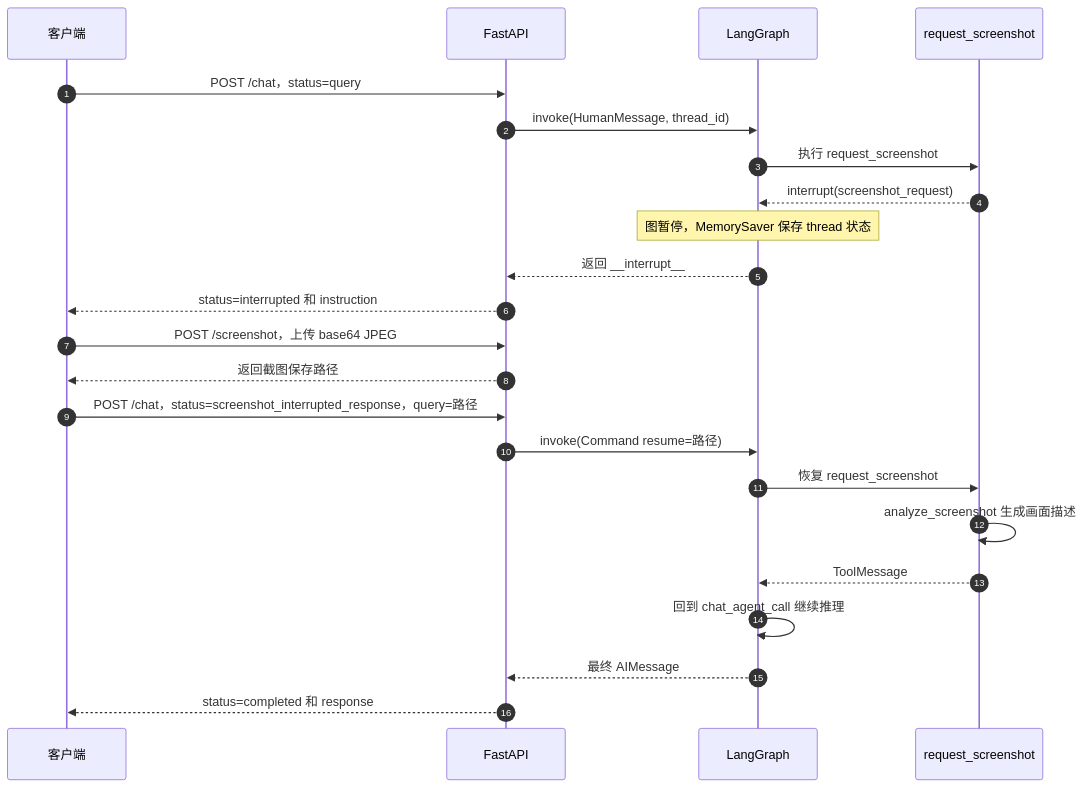
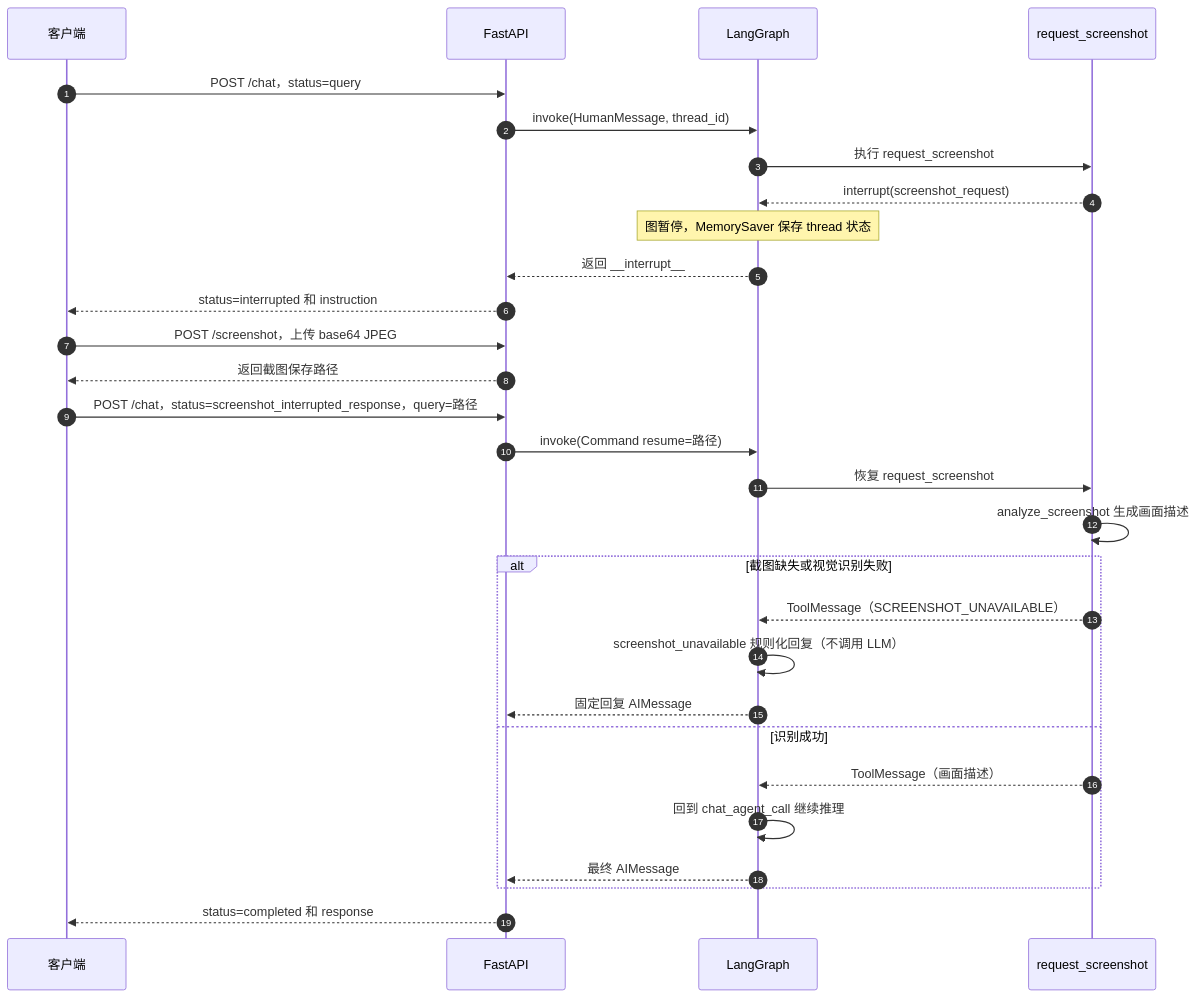
The third of 3 diagrams in README.md (yupx123321-star/Desktop_Assistant), drawn with Mermaid before and after one commit. The commit also changed other lines of this file and 9 other files, not shown here.

First line of the commit message:
修复截图分析静默失败并支持独立视觉模型

````diff
--- a/README.md
+++ b/README.md
@@ -97,26 +108,32 @@
 ```mermaid
 sequenceDiagram
     autonumber
     participant C as 客户端
     participant API as FastAPI
     participant G as LangGraph
     participant T as request_screenshot
 
     C->>API: POST /chat，status=query
     API->>G: invoke(HumanMessage, thread_id)
     G->>T: 执行 request_screenshot
     T-->>G: interrupt(screenshot_request)
     Note over G: 图暂停，MemorySaver 保存 thread 状态
     G-->>API: 返回 __interrupt__
     API-->>C: status=interrupted 和 instruction
     C->>API: POST /screenshot，上传 base64 JPEG
     API-->>C: 返回截图保存路径
     C->>API: POST /chat，status=screenshot_interrupted_response，query=路径
     API->>G: invoke(Command resume=路径)
     G->>T: 恢复 request_screenshot
     T->>T: analyze_screenshot 生成画面描述
-    T-->>G: ToolMessage
-    G->>G: 回到 chat_agent_call 继续推理
-    G-->>API: 最终 AIMessage
+    alt 截图缺失或视觉识别失败
+        T-->>G: ToolMessage（SCREENSHOT_UNAVAILABLE）
+        G->>G: screenshot_unavailable 规则化回复（不调用 LLM）
+        G-->>API: 固定回复 AIMessage
+    else 识别成功
+        T-->>G: ToolMessage（画面描述）
+        G->>G: 回到 chat_agent_call 继续推理
+        G-->>API: 最终 AIMessage
+    end
     API-->>C: status=completed 和 response
 ```
````
